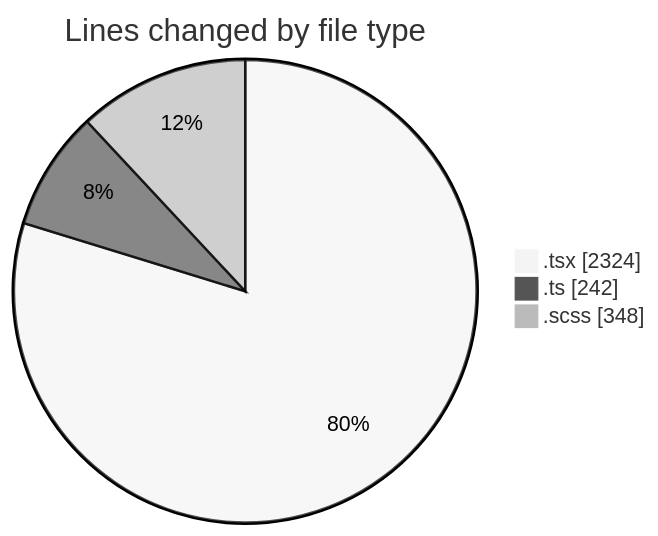
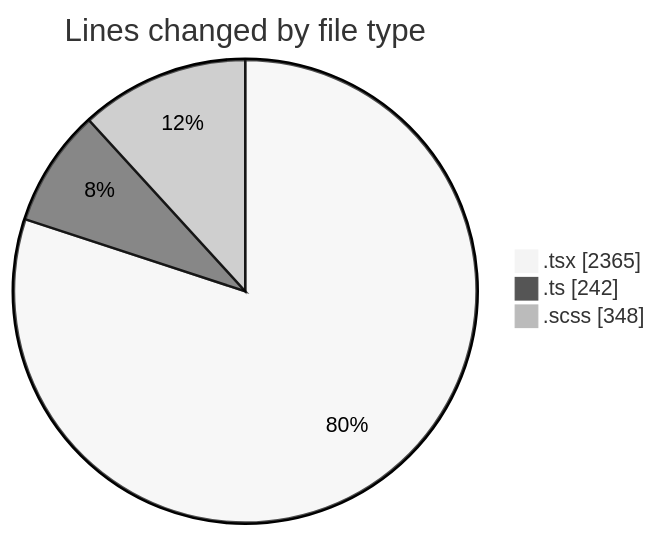
Before and after one commit to momahboobian/code-tracking: the first of 2 diagrams in 2025-09-15/cda/README.md, drawn with Mermaid (neutral theme). The commit also changed other lines of this file and 1 other file, not shown here.

````diff
--- a/2025-09-15/cda/README.md
+++ b/2025-09-15/cda/README.md
@@ -25,7 +25,7 @@
 ```mermaid
 pie showData
 title Lines changed by file type
-".tsx" : 2324
+".tsx" : 2365
 ".ts" : 242
 ".scss" : 348
 ```
````
